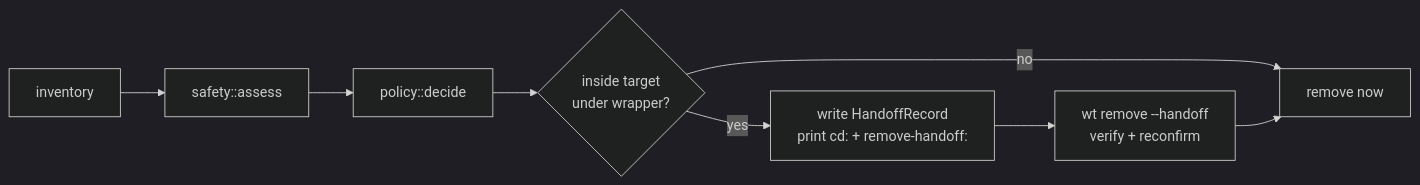
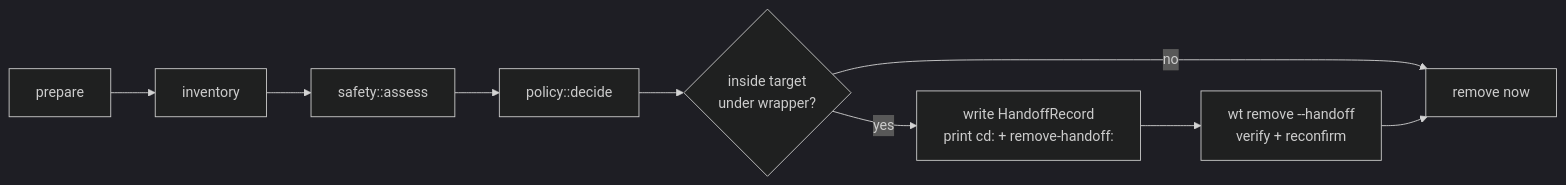
One commit to yankeeinlondon/rusty-biscuit changed the diagram in .claude/skills/worktree/remove.md. Above: the diagram before and after it, drawn with Mermaid (dark theme). The commit also changed other lines of this file and 5 other files, not shown here.

````diff
--- a/.claude/skills/worktree/remove.md
+++ b/.claude/skills/worktree/remove.md
@@ -6,6 +7,6 @@
 ```mermaid
 flowchart LR
-  I[inventory] --> S[safety::assess] --> P[policy::decide] --> R{inside target<br/>under wrapper?}
+  P0[prepare] --> I[inventory] --> S[safety::assess] --> P[policy::decide] --> R{inside target<br/>under wrapper?}
   R -- no --> X[remove now]
   R -- yes --> H[write HandoffRecord<br/>print cd: + remove-handoff:] --> H2[wt remove --handoff<br/>verify + reconfirm] --> X
 ```
````
